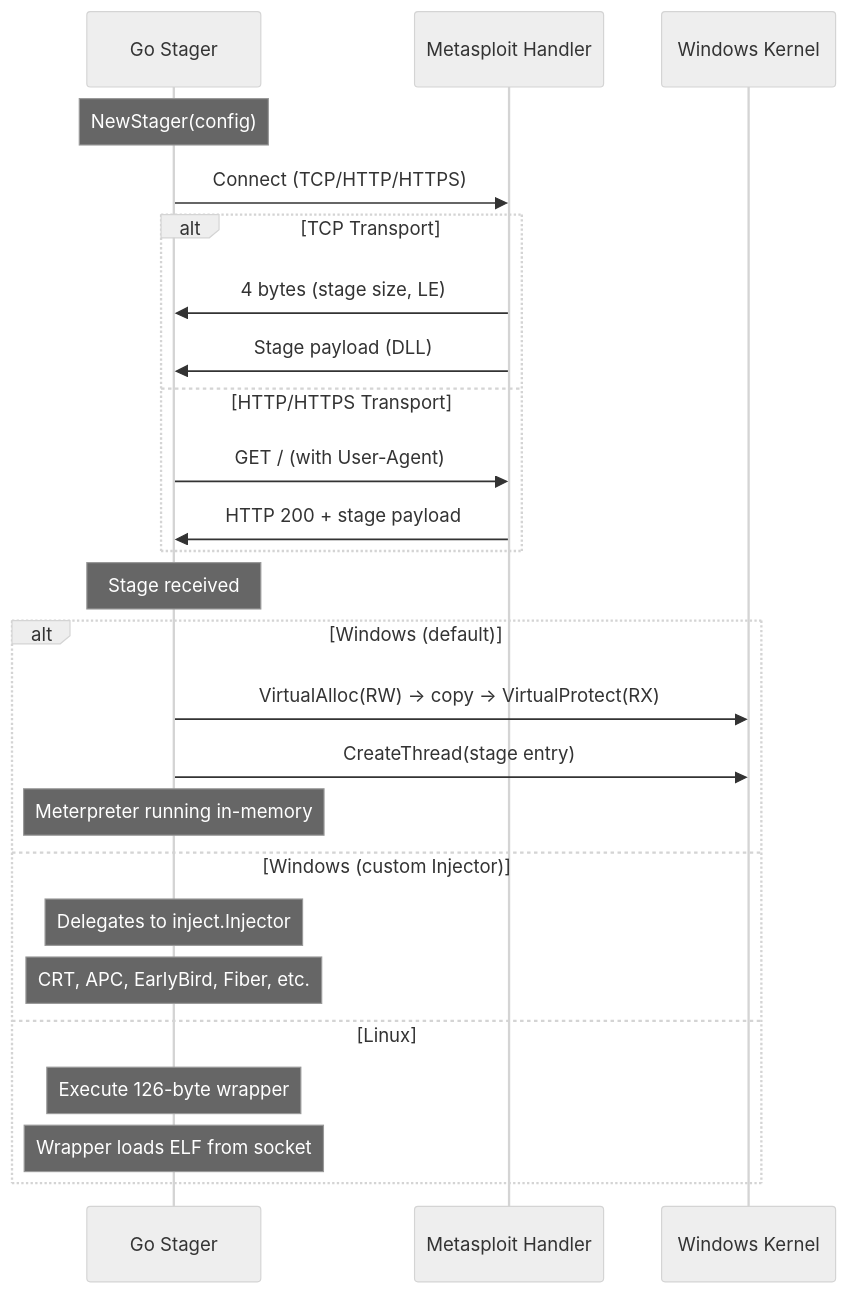
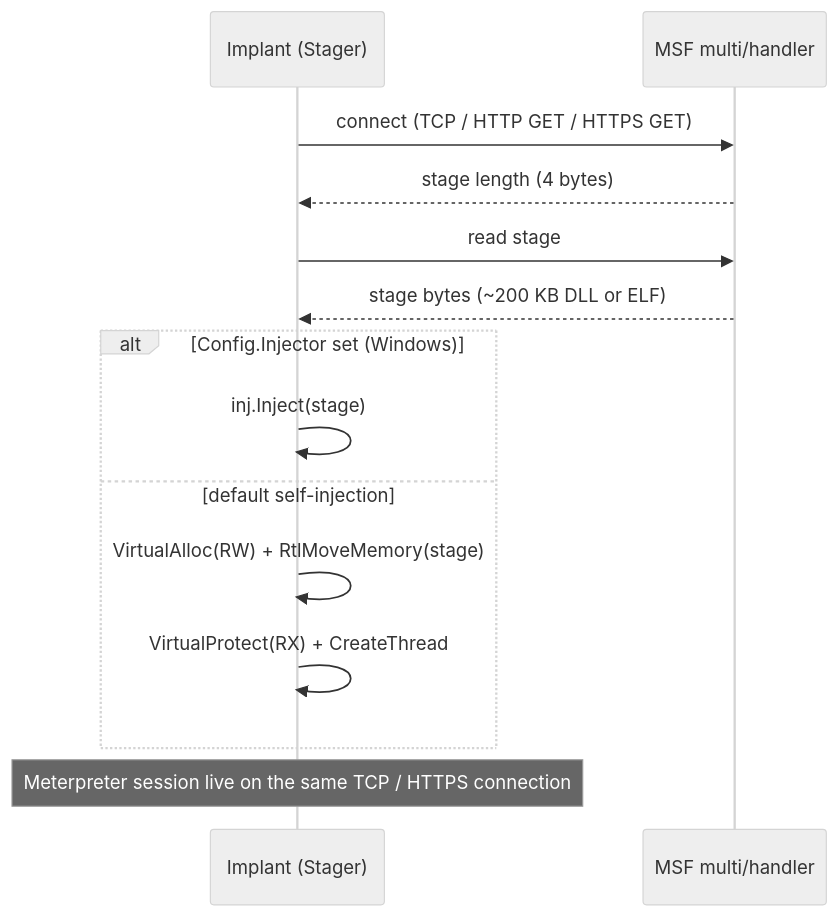
The diagram in docs/techniques/c2/meterpreter.md (oioio-space/maldev), drawn with Mermaid (neutral theme) before and after one commit. The commit also changed other lines of this file and 8 other files, not shown here.

````diff
--- a/docs/techniques/c2/meterpreter.md
+++ b/docs/techniques/c2/meterpreter.md
@@ -22,31 +47,19 @@
 ```mermaid
 sequenceDiagram
-    participant Stager as Go Stager
-    participant MSF as Metasploit Handler
-    participant Kernel as Windows Kernel
+    participant Imp as Implant (Stager)
+    participant H as MSF multi/handler
 
-    Note over Stager: NewStager(config)
-    Stager->>MSF: Connect (TCP/HTTP/HTTPS)
+    Imp->>H: connect (TCP / HTTP GET / HTTPS GET)
+    H-->>Imp: stage length (4 bytes)
+    Imp->>H: read stage
+    H-->>Imp: stage bytes (~200 KB DLL or ELF)
 
-    alt TCP Transport
-        MSF->>Stager: 4 bytes (stage size, LE)
-        MSF->>Stager: Stage payload (DLL)
-    else HTTP/HTTPS Transport
-        Stager->>MSF: GET / (with User-Agent)
-        MSF->>Stager: HTTP 200 + stage payload
+    alt Config.Injector set (Windows)
+        Imp->>Imp: inj.Inject(stage)
+    else default self-injection
+        Imp->>Imp: VirtualAlloc(RW) + RtlMoveMemory(stage)
+        Imp->>Imp: VirtualProtect(RX) + CreateThread
     end
 
-    Note over Stager: Stage received
-
-    alt Windows (default)
-        Stager->>Kernel: VirtualAlloc(RW) → copy → VirtualProtect(RX)
-        Stager->>Kernel: CreateThread(stage entry)
-        Note over Stager: Meterpreter running in-memory
-    else Windows (custom Injector)
-        Note over Stager: Delegates to inject.Injector
-        Note over Stager: CRT, APC, EarlyBird, Fiber, etc.
-    else Linux
-        Note over Stager: Execute 126-byte wrapper
-        Note over Stager: Wrapper loads ELF from socket
-    end
+    Note over Imp: Meterpreter session live on the same TCP / HTTPS connection
 ```
````
